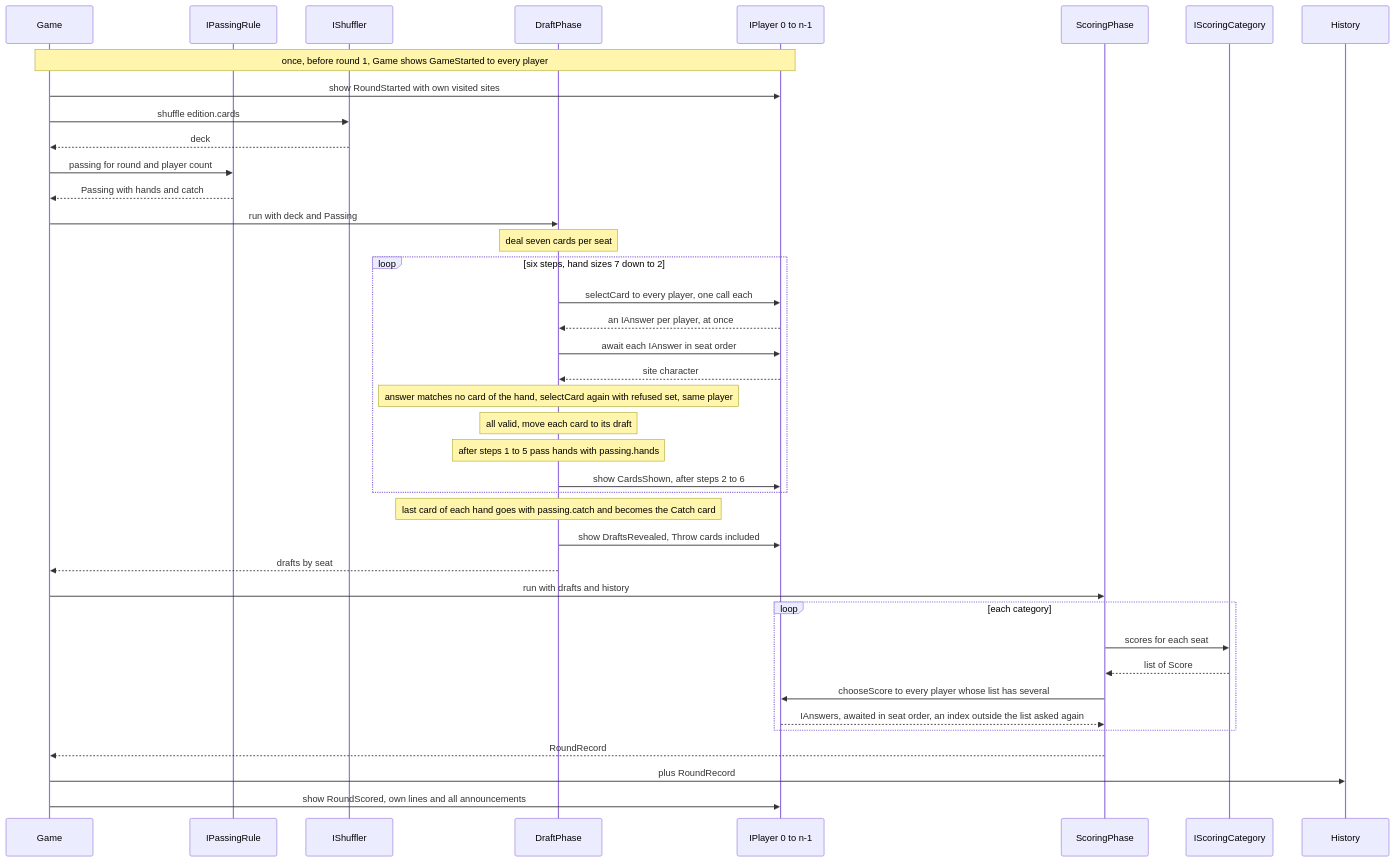
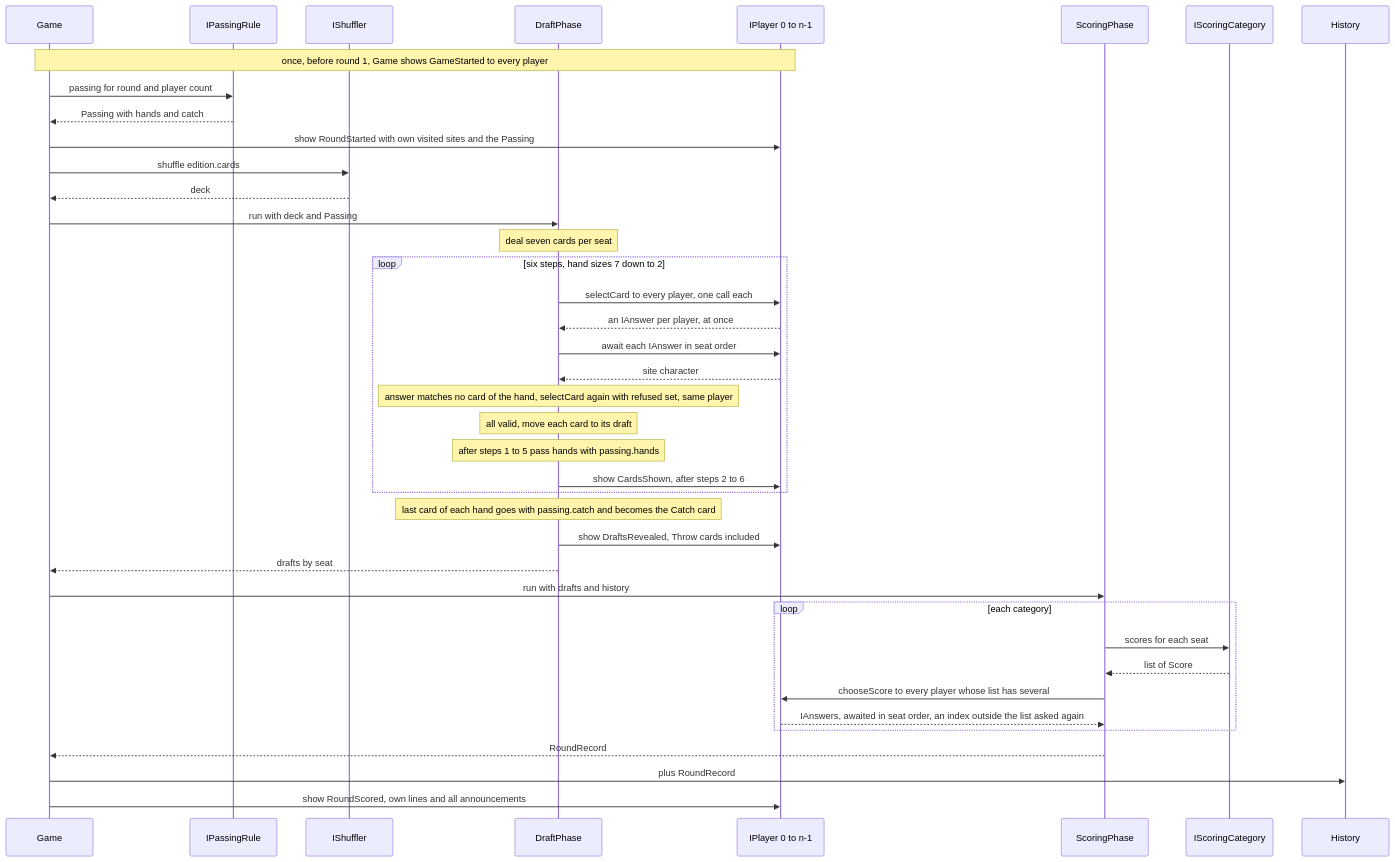
One commit to laszloprekop/boomerang-australia changed the third of 3 diagrams in docs/ARCHITECTURE.md. Above: the diagram before and after it, drawn with Mermaid. The commit also changed other lines of this file and 11 other files, not shown here.

````diff
--- a/docs/ARCHITECTURE.md
+++ b/docs/ARCHITECTURE.md
@@ -409,42 +454,42 @@
 ```mermaid
 sequenceDiagram
     participant G as Game
     participant R as IPassingRule
     participant S as IShuffler
     participant D as DraftPhase
     participant P as IPlayer 0 to n-1
     participant X as ScoringPhase
     participant C as IScoringCategory
     participant H as History
     Note over G,P: once, before round 1, Game shows GameStarted to every player
-    G->>P: show RoundStarted with own visited sites
+    G->>R: passing for round and player count
+    R-->>G: Passing with hands and catch
+    G->>P: show RoundStarted with own visited sites and the Passing
     G->>S: shuffle edition.cards
     S-->>G: deck
-    G->>R: passing for round and player count
-    R-->>G: Passing with hands and catch
     G->>D: run with deck and Passing
     Note over D: deal seven cards per seat
     loop six steps, hand sizes 7 down to 2
         D->>P: selectCard to every player, one call each
         P-->>D: an IAnswer per player, at once
         D->>P: await each IAnswer in seat order
         P-->>D: site character
         Note over D: answer matches no card of the hand, selectCard again with refused set, same player
         Note over D: all valid, move each card to its draft
         Note over D: after steps 1 to 5 pass hands with passing.hands
         D->>P: show CardsShown, after steps 2 to 6
     end
     Note over D: last card of each hand goes with passing.catch and becomes the Catch card
     D->>P: show DraftsRevealed, Throw cards included
     D-->>G: drafts by seat
     G->>X: run with drafts and history
     loop each category
         X->>C: scores for each seat
         C-->>X: list of Score
         X->>P: chooseScore to every player whose list has several
         P-->>X: IAnswers, awaited in seat order, an index outside the list asked again
     end
     X-->>G: RoundRecord
     G->>H: plus RoundRecord
     G->>P: show RoundScored, own lines and all announcements
 ```
````
